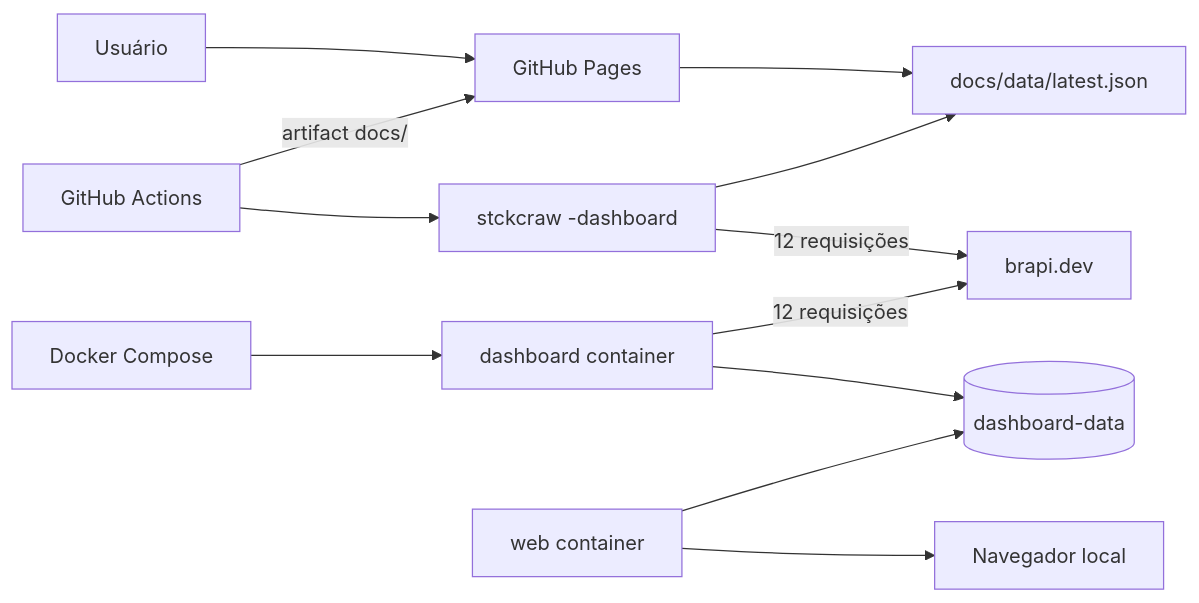
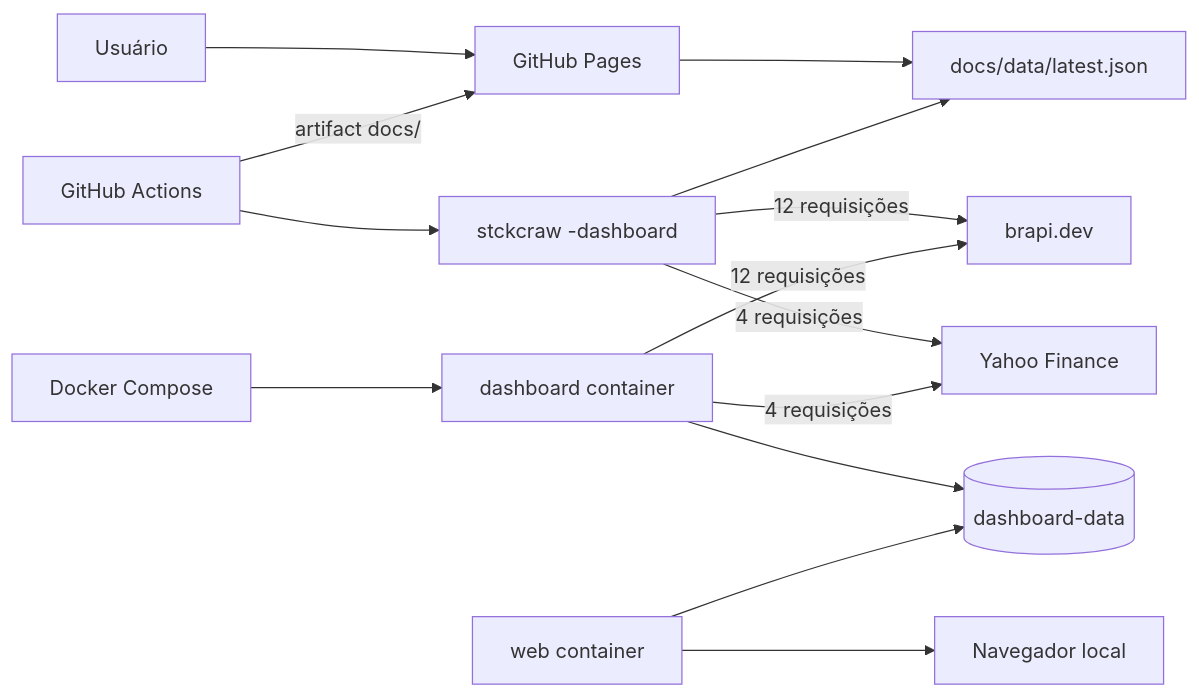
One commit to fabianoflorentino/stckcraw changed the first of 8 diagrams in docs/architecture.md. Above: the diagram before and after it, drawn with Mermaid. The commit also changed other lines of this file and 10 other files, not shown here.

````diff
--- a/docs/architecture.md
+++ b/docs/architecture.md
@@ -18,14 +18,16 @@
 ```mermaid
 flowchart LR
   user["Usuário"] --> pages["GitHub Pages"]
   pages --> data["docs/data/latest.json"]
   actions["GitHub Actions"] --> crawler["stckcraw -dashboard"]
   crawler -->|12 requisições| brapi["brapi.dev"]
+  crawler -->|4 requisições| yahoo["Yahoo Finance"]
   crawler --> data
   actions -->|artifact docs/| pages
   local["Docker Compose"] --> localCrawler["dashboard container"]
   localCrawler -->|12 requisições| brapi
+  localCrawler -->|4 requisições| yahoo
   localCrawler --> volume[("dashboard-data")]
   localWeb["web container"] --> volume
   localWeb --> browser["Navegador local"]
 ```
````
